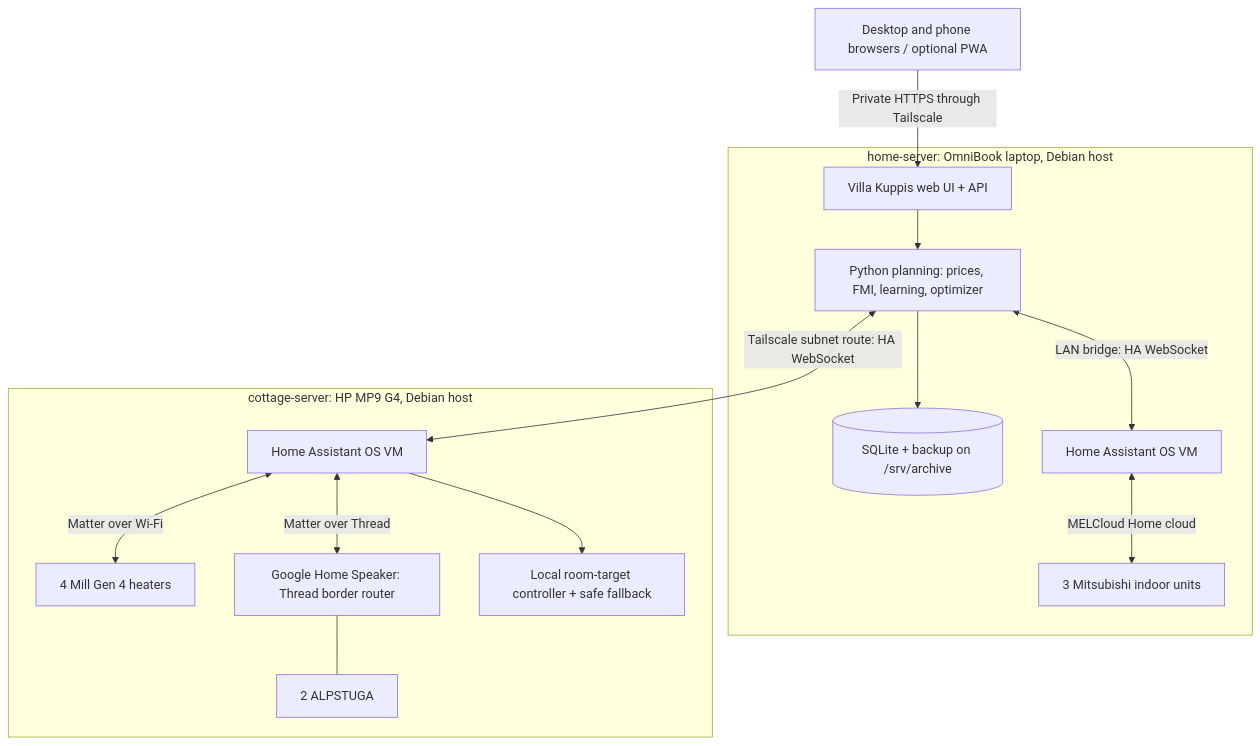
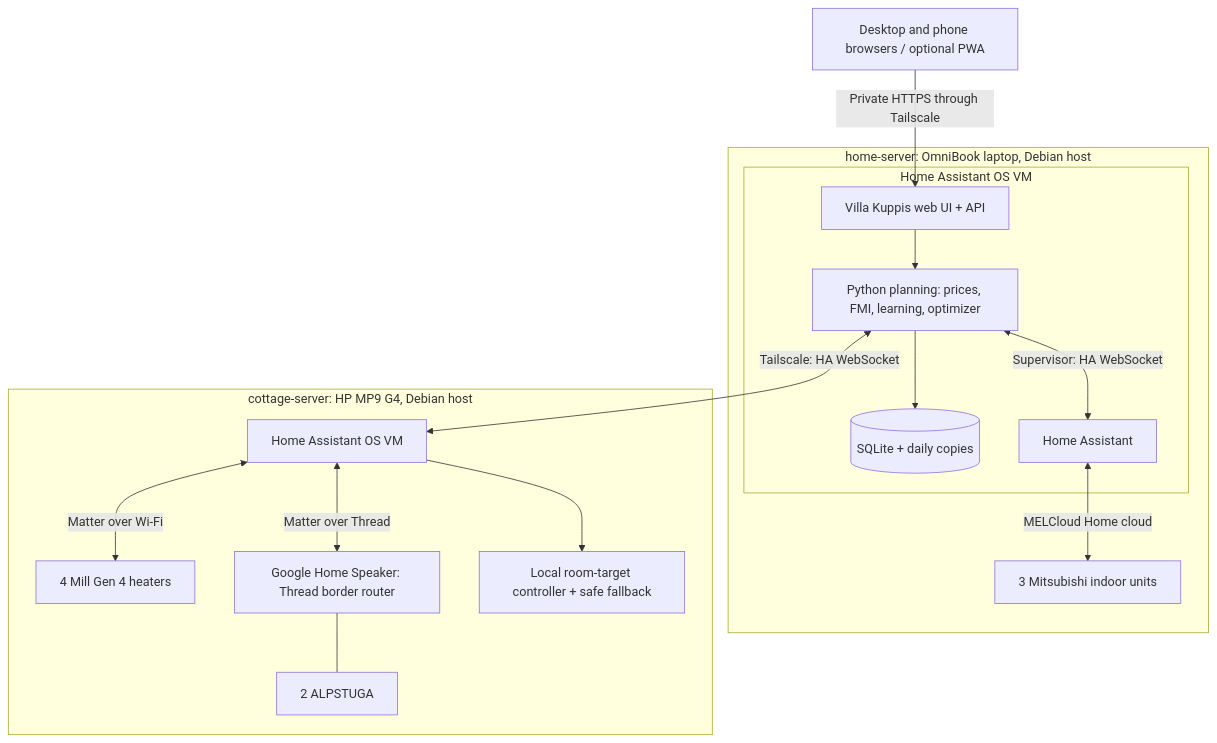
The diagram in docs/architecture.md (Vkuparin/villa-kuppis), drawn with Mermaid before and after one commit. The commit also changed other lines of this file and 18 other files, not shown here.

First line of the commit message:
Retire the Windows install and bring the docs up to the Home Assistant app

````diff
--- a/docs/architecture.md
+++ b/docs/architecture.md
@@ -22,20 +22,22 @@
 ```mermaid
 flowchart TB
   Clients[Desktop and phone browsers / optional PWA]
   Clients -->|Private HTTPS through Tailscale| VK[Villa Kuppis web UI + API]
 
   subgraph Home[home-server: OmniBook laptop, Debian host]
-    VK --> Core[Python planning: prices, FMI, learning, optimizer]
-    Core --> DB[(SQLite + backup on /srv/archive)]
-    Core <-->|LAN bridge: HA WebSocket| HAH[Home Assistant OS VM]
-    HAH <-->|MELCloud Home cloud| Pumps[3 Mitsubishi indoor units]
+    subgraph HAH[Home Assistant OS VM]
+      VK --> Core[Python planning: prices, FMI, learning, optimizer]
+      Core --> DB[(SQLite + daily copies)]
+      Core <-->|Supervisor: HA WebSocket| HACore[Home Assistant]
+    end
+    HACore <-->|MELCloud Home cloud| Pumps[3 Mitsubishi indoor units]
   end
 
-  Core <-->|Tailscale subnet route: HA WebSocket| HAC[Home Assistant OS VM]
+  Core <-->|Tailscale: HA WebSocket| HAC[Home Assistant OS VM]
   subgraph Cottage[cottage-server: HP MP9 G4, Debian host]
     HAC <-->|Matter over Wi-Fi| Mill[4 Mill Gen 4 heaters]
     HAC <-->|Matter over Thread| Speaker[Google Home Speaker: Thread border router]
     Speaker --- Sensors[2 ALPSTUGA]
     HAC --> Local[Local room-target controller + safe fallback]
   end
 ```
````
